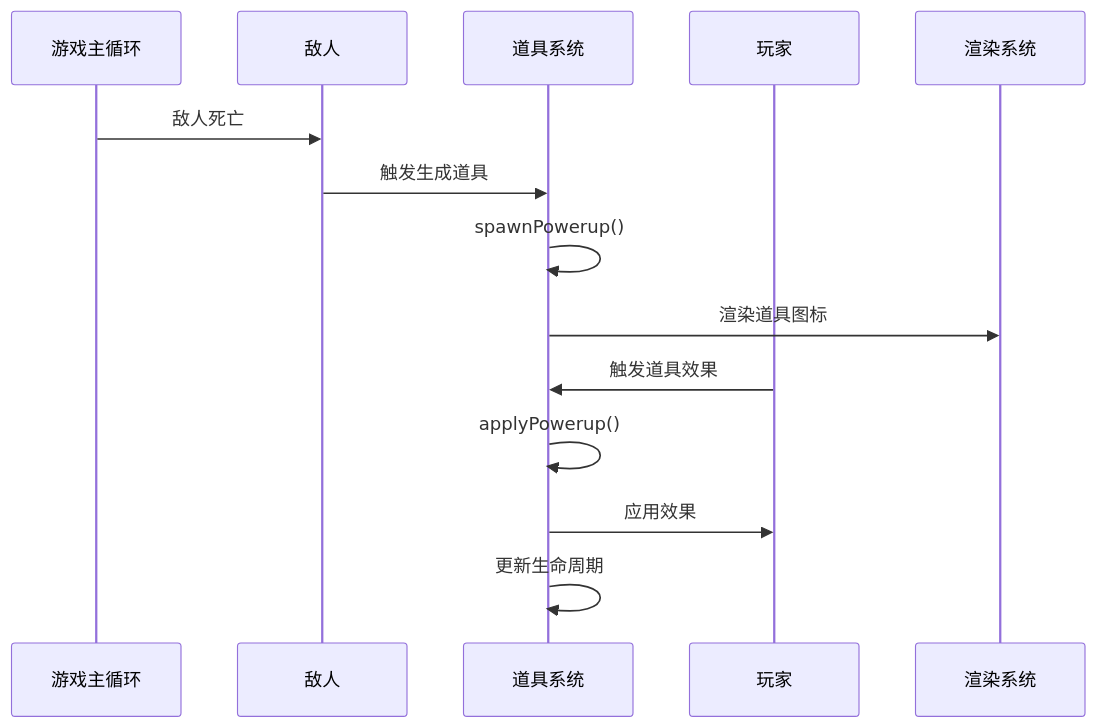
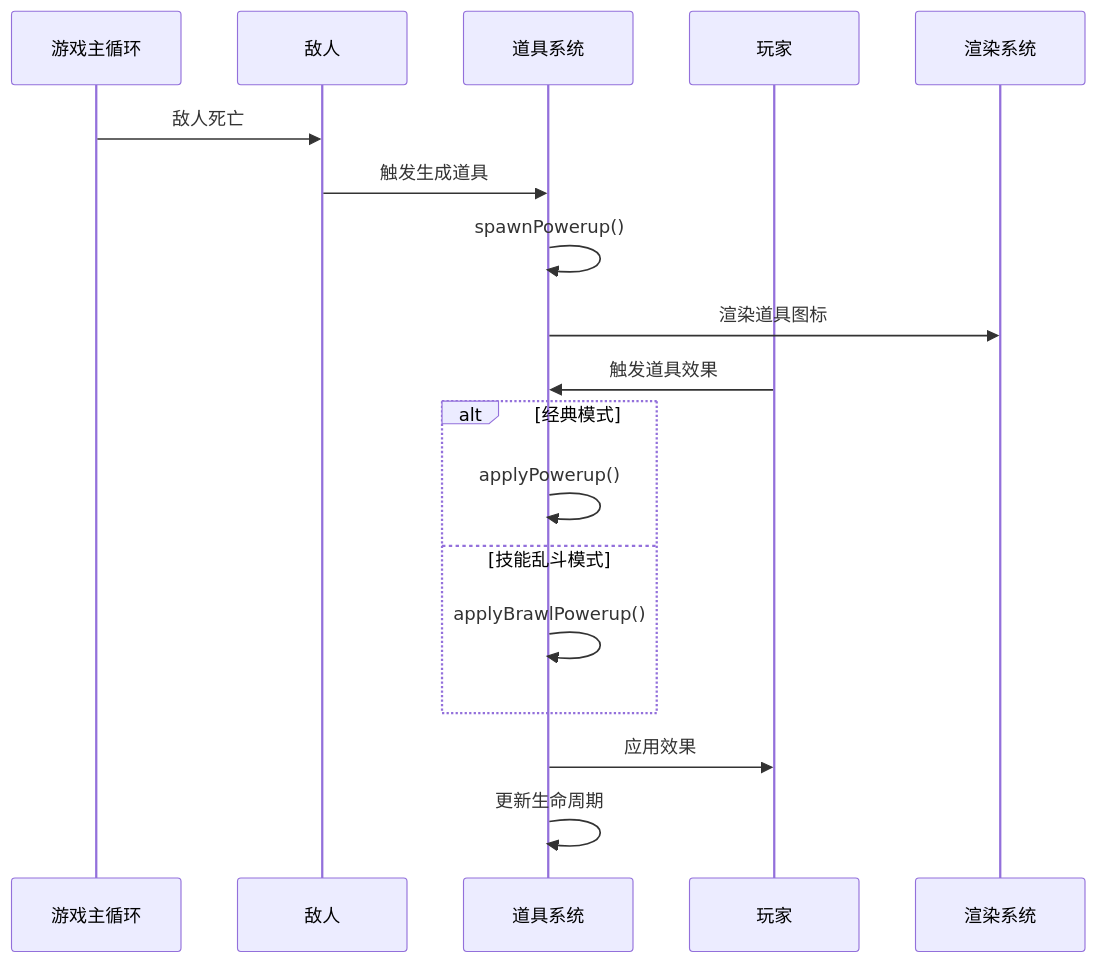
Before and after one commit to mrancc/reimagined-journey: the third of 20 diagrams in .qoder/repowiki/zh/content/游戏机制/道具系统.md, drawn with Mermaid. The commit also changed other lines of this file and 8 other files, not shown here.

````diff
--- a/.qoder/repowiki/zh/content/游戏机制/道具系统.md
+++ b/.qoder/repowiki/zh/content/游戏机制/道具系统.md
@@ -110,16 +147,20 @@
 ```mermaid
 sequenceDiagram
 participant Game as 游戏主循环
 participant Enemy as 敌人
 participant Powerup as 道具系统
 participant Player as 玩家
 participant Canvas as 渲染系统
 Game->>Enemy : 敌人死亡
 Enemy->>Powerup : 触发生成道具
 Powerup->>Powerup : spawnPowerup()
 Powerup->>Canvas : 渲染道具图标
 Player->>Powerup : 触发道具效果
+alt 经典模式
 Powerup->>Powerup : applyPowerup()
+else 技能乱斗模式
+Powerup->>Powerup : applyBrawlPowerup()
+end
 Powerup->>Player : 应用效果
 Powerup->>Powerup : 更新生命周期
 ```
````
